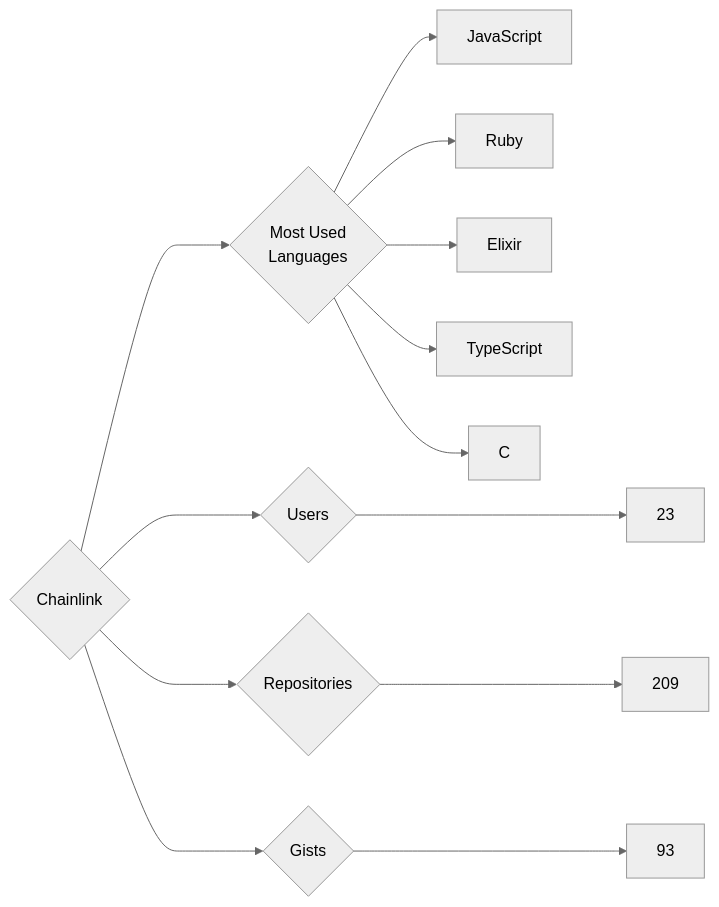
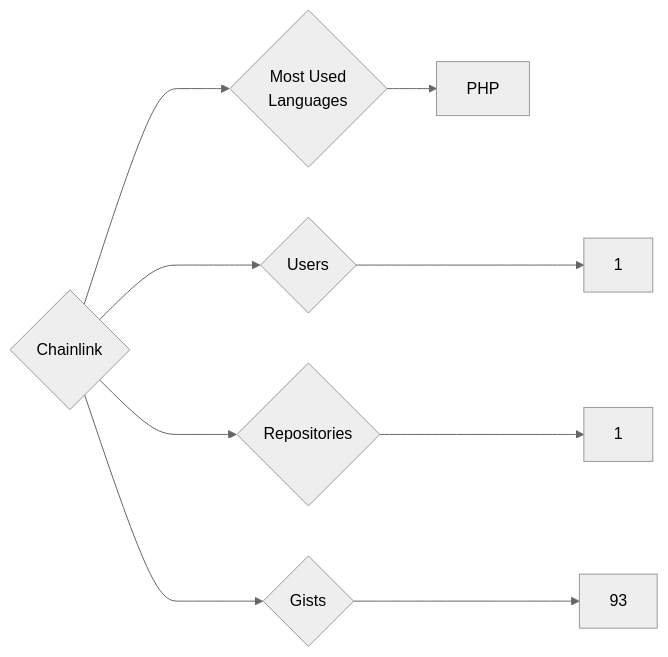
One commit to trickest/insiders changed the diagram in targets/Chainlink/README.md. Above: the diagram before and after it, drawn with Mermaid (neutral theme). The commit also changed 951 other files, not shown here.

````diff
--- a/targets/Chainlink/README.md
+++ b/targets/Chainlink/README.md
@@ -3,13 +3,9 @@
 ```mermaid
 graph LR
 COMPANY_NAME{Chainlink}
-COMPANY_NAME ---> U{Users} ---> UN[23]
-COMPANY_NAME ---> R{Repositories} ---> RN[209]
+COMPANY_NAME ---> U{Users} ---> UN[1]
+COMPANY_NAME ---> R{Repositories} ---> RN[1]
 COMPANY_NAME ---> G{Gists} ---> GN[93]
 COMPANY_NAME ---> ML{Most Used<br>Languages}
-ML --> JavaScript[JavaScript]
-ML --> Ruby[Ruby]
-ML --> Elixir[Elixir]
-ML --> TypeScript[TypeScript]
-ML --> C[C]
+ML --> PHP[PHP]
 ```
````
